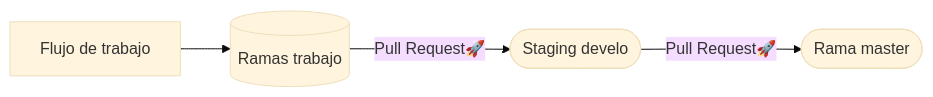
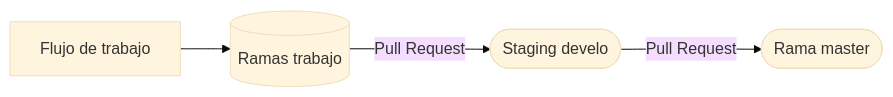
One commit to dczinil/git changed the diagram in Notas_del_curso_de_git.md. Above: the diagram before and after it, drawn with Mermaid (base theme). The commit also changed other lines of this file, not shown here.

````diff
--- a/Notas_del_curso_de_git.md
+++ b/Notas_del_curso_de_git.md
@@ -206,4 +196,4 @@
 ```mermaid
 graph LR
-A[Flujo de trabajo]-->B[(Ramas trabajo)]--Pull Request🚀-->D([Staging  develo])--Pull Request🚀-->F([Rama master])
+A[Flujo de trabajo]-->B[(Ramas trabajo)]--Pull Request-->D([Staging  develo])--Pull Request-->F([Rama master])
 ```
````
